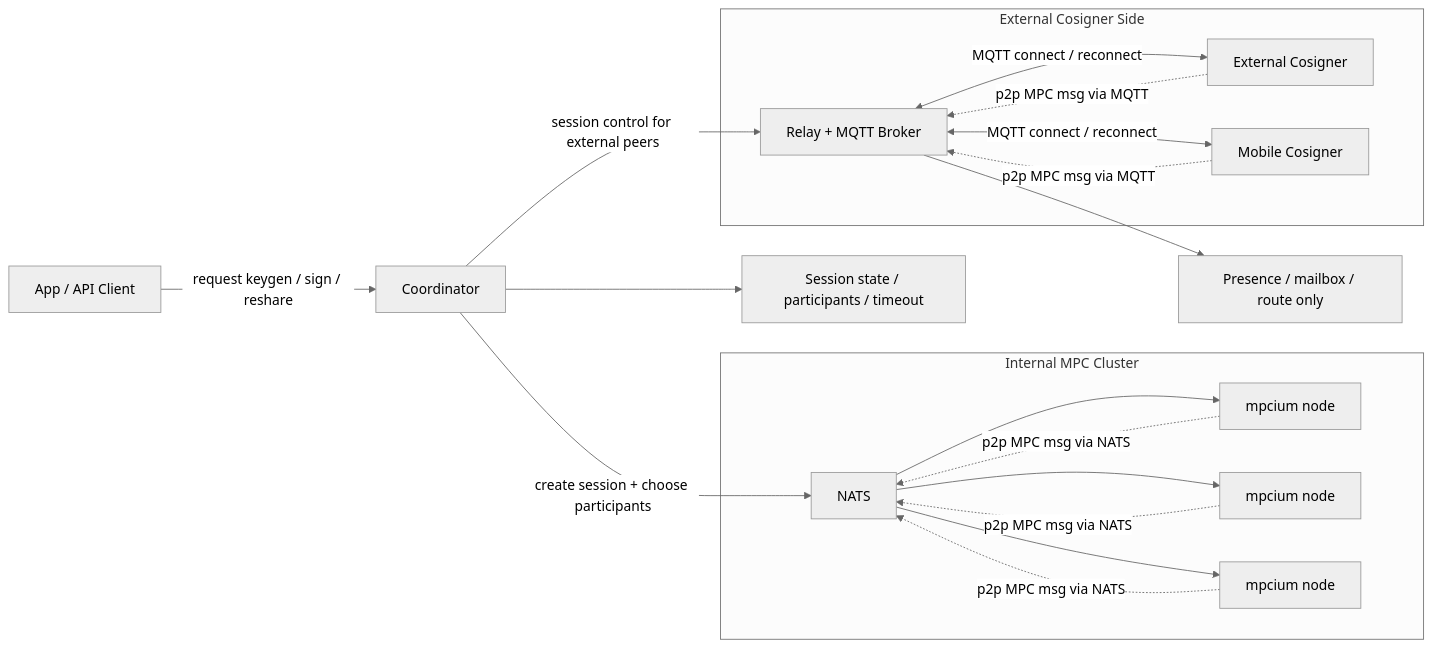
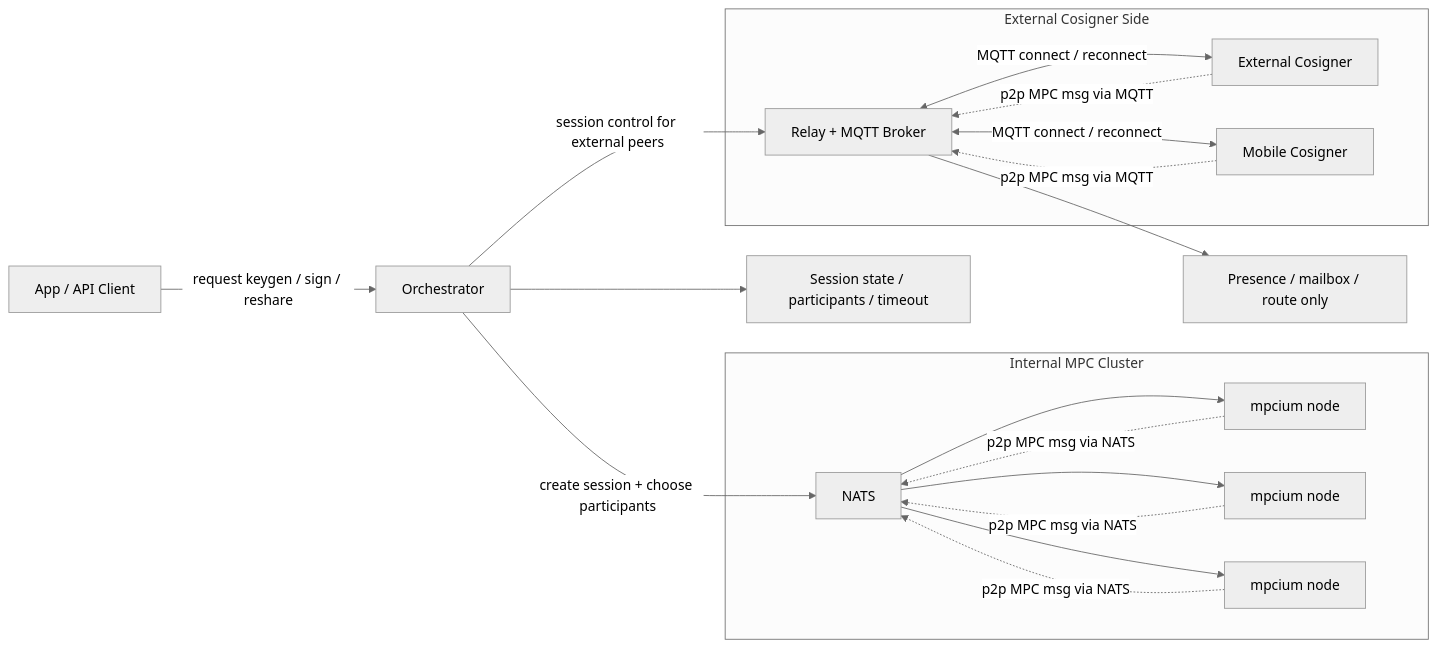
One commit to vietddude/mpcium-sdk changed the first of 3 diagrams in docs/architecture/external-cosigner-runtime.md. Above: the diagram before and after it, drawn with Mermaid (neutral theme). The commit also changed other lines of this file and 15 other files, not shown here.

Commit message:
refactor: rename coordinator references to orchestrator across the SDK

````diff
--- a/docs/architecture/external-cosigner-runtime.md
+++ b/docs/architecture/external-cosigner-runtime.md
@@ -153,28 +153,28 @@
 ```mermaid
 flowchart LR
-    App["App / API Client"] -->|"request keygen / sign / reshare"| Coord["Coordinator"]
+    App["App / API Client"] -->|"request keygen / sign / reshare"| Coord["Orchestrator"]
 
     Coord -->|"create session + choose participants"| NATS["NATS"]
     Coord -->|"session control for external peers"| Relay["Relay + MQTT Broker"]
 
     subgraph Internal["Internal MPC Cluster"]
         NATS --> Worker1["mpcium node"]
         NATS --> Worker2["mpcium node"]
         NATS --> Worker3["mpcium node"]
     end
 
     subgraph External["External Cosigner Side"]
         Relay <-->|"MQTT connect / reconnect"| Cosigner["External Cosigner"]
         Relay <-->|"MQTT connect / reconnect"| Mobile["Mobile Cosigner"]
     end
 
     Relay --> Presence["Presence / mailbox / route only"]
     Coord --> State["Session state / participants / timeout"]
 
     Worker1 -. "p2p MPC msg via NATS" .-> NATS
     Worker2 -. "p2p MPC msg via NATS" .-> NATS
     Worker3 -. "p2p MPC msg via NATS" .-> NATS
 
     Cosigner -. "p2p MPC msg via MQTT" .-> Relay
     Mobile -. "p2p MPC msg via MQTT" .-> Relay
 ```
````
